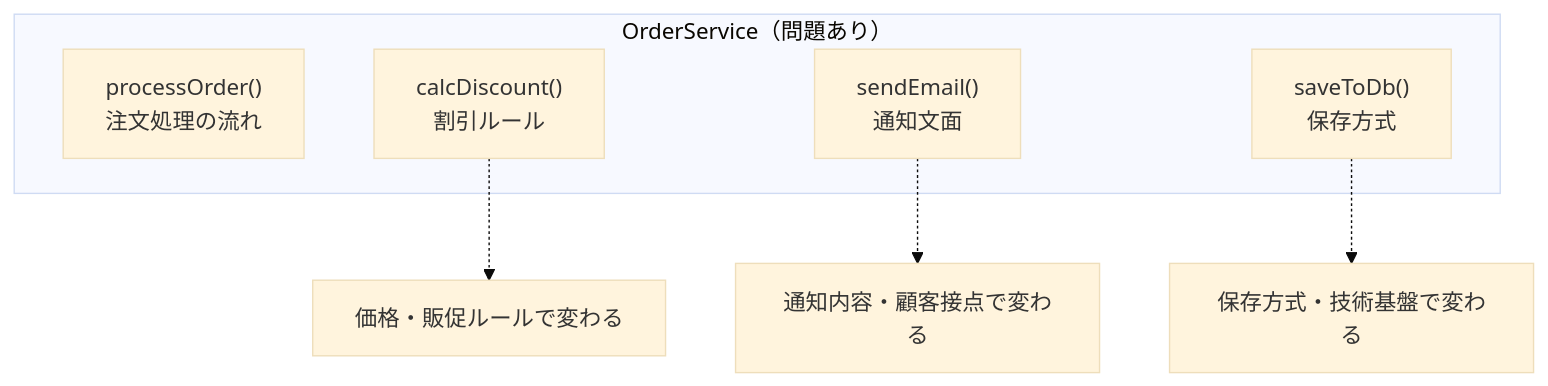
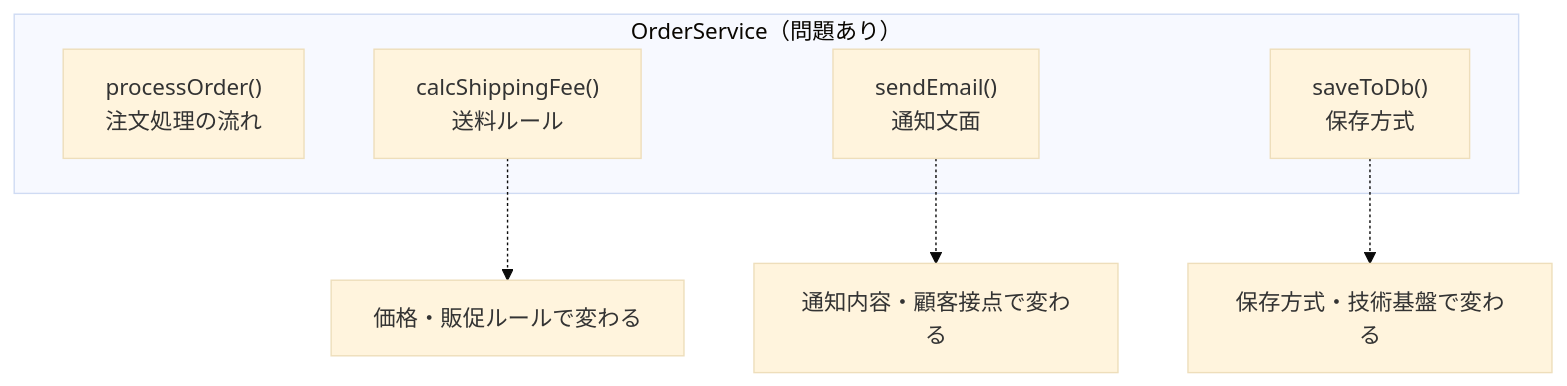
The second of 7 diagrams in kindle/design-patterns/books/volume01-core-patterns/output/preface.md (kumachan1101-pixel/DesignPattern), drawn with Mermaid (base theme) before and after one commit. The commit also changed other lines of this file and 1 other file, not shown here.

````diff
--- a/kindle/design-patterns/books/volume01-core-patterns/output/preface.md
+++ b/kindle/design-patterns/books/volume01-core-patterns/output/preface.md
@@ -286,12 +303,12 @@
 ```mermaid
 flowchart TB
     subgraph O["OrderService（問題あり）"]
         P["processOrder()<br>注文処理の流れ"]
-        D["calcDiscount()<br>割引ルール"]
+        D["calcShippingFee()<br>送料ルール"]
         M["sendEmail()<br>通知文面"]
         S["saveToDb()<br>保存方式"]
     end
     D -.-> R1["価格・販促ルールで変わる"]
     M -.-> R2["通知内容・顧客接点で変わる"]
     S -.-> R3["保存方式・技術基盤で変わる"]
 ```
````
